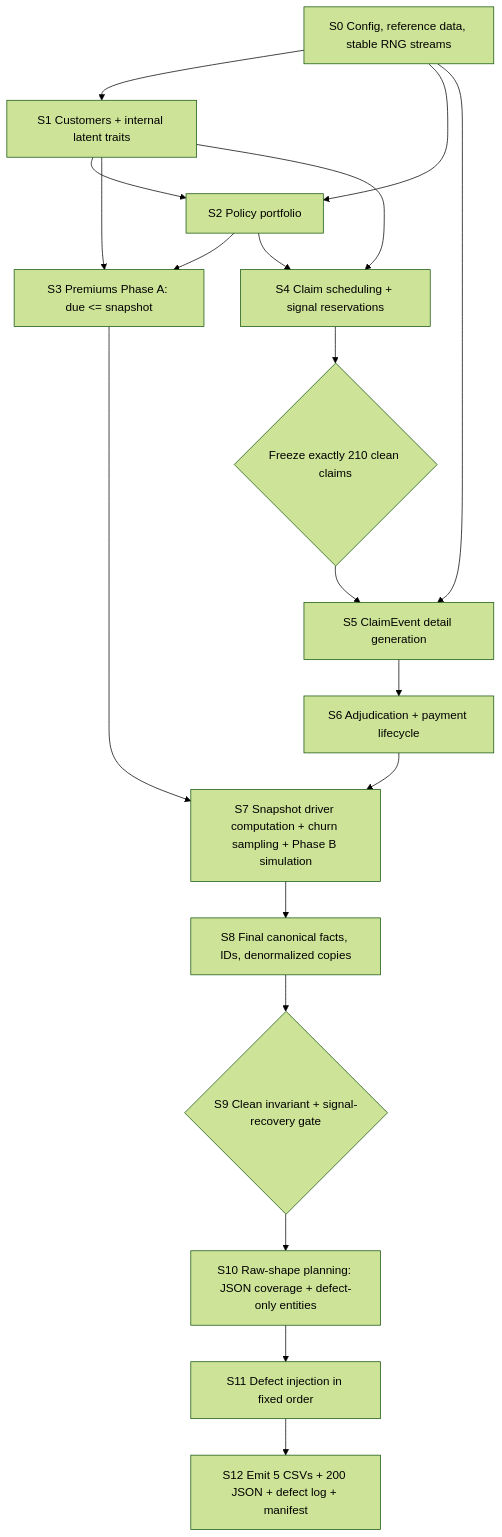
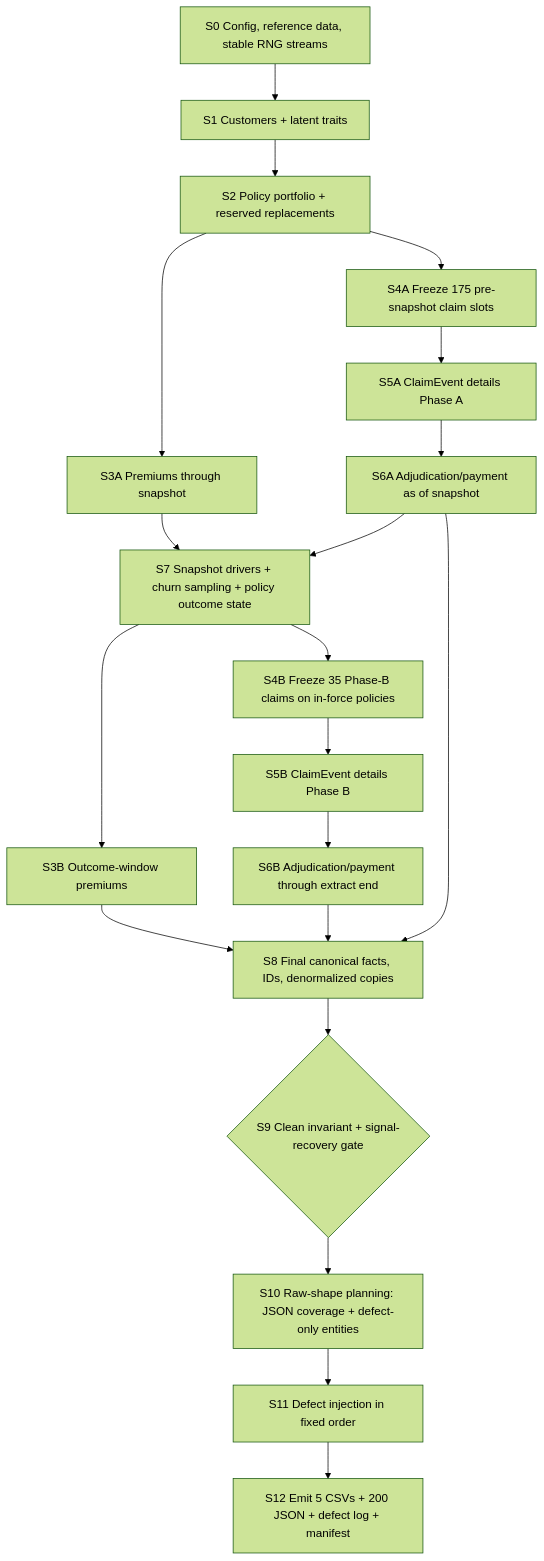
Before and after one commit to justsimplepay/insurance-claims-data-pipeline: the diagram in docs/generator_specification.md, drawn with Mermaid (forest theme). The commit also changed other lines of this file, not shown here.

Commit message:
Freeze generator calibration and QA thresholds

````diff
--- a/docs/generator_specification.md
+++ b/docs/generator_specification.md
@@ -241,27 +247,27 @@
 ```mermaid
 flowchart TD
   S0[S0 Config, reference data, stable RNG streams] --> S1
-  S0 --> S2
-  S0 --> S5
+  S1[S1 Customers + latent traits] --> S2[S2 Policy portfolio + reserved replacements]
 
-  S1[S1 Customers + internal latent traits] --> S2[S2 Policy portfolio]
-  S1 --> S3
-  S2 --> S3[S3 Premiums Phase A: due <= snapshot]
+  S2 --> S3A[S3A Premiums through snapshot]
+  S2 --> S4A[S4A Freeze 175 pre-snapshot claim slots]
+  S4A --> S5A[S5A ClaimEvent details Phase A]
+  S5A --> S6A[S6A Adjudication/payment as of snapshot]
 
-  S1 --> S4
-  S2 --> S4[S4 Claim scheduling + signal reservations]
-  S4 --> C{Freeze exactly 210 clean claims}
-  C --> S5[S5 ClaimEvent detail generation]
+  S3A --> S7[S7 Snapshot drivers + churn sampling + policy outcome state]
+  S6A --> S7
 
-  S5 --> S6[S6 Adjudication + payment lifecycle]
+  S7 --> S3B[S3B Outcome-window premiums]
+  S7 --> S4B[S4B Freeze 35 Phase-B claims on in-force policies]
+  S4B --> S5B[S5B ClaimEvent details Phase B]
+  S5B --> S6B[S6B Adjudication/payment through extract end]
 
-  S3 --> S7[S7 Snapshot driver computation + churn sampling + Phase B simulation]
-  S6 --> S7
-
-  S7 --> S8[S8 Final canonical facts, IDs, denormalized copies]
+  S6A --> S8[S8 Final canonical facts, IDs, denormalized copies]
+  S3B --> S8
+  S6B --> S8
   S8 --> S9{S9 Clean invariant + signal-recovery gate}
 
   S9 --> S10[S10 Raw-shape planning: JSON coverage + defect-only entities]
   S10 --> S11[S11 Defect injection in fixed order]
   S11 --> S12[S12 Emit 5 CSVs + 200 JSON + defect log + manifest]
 ```
````
